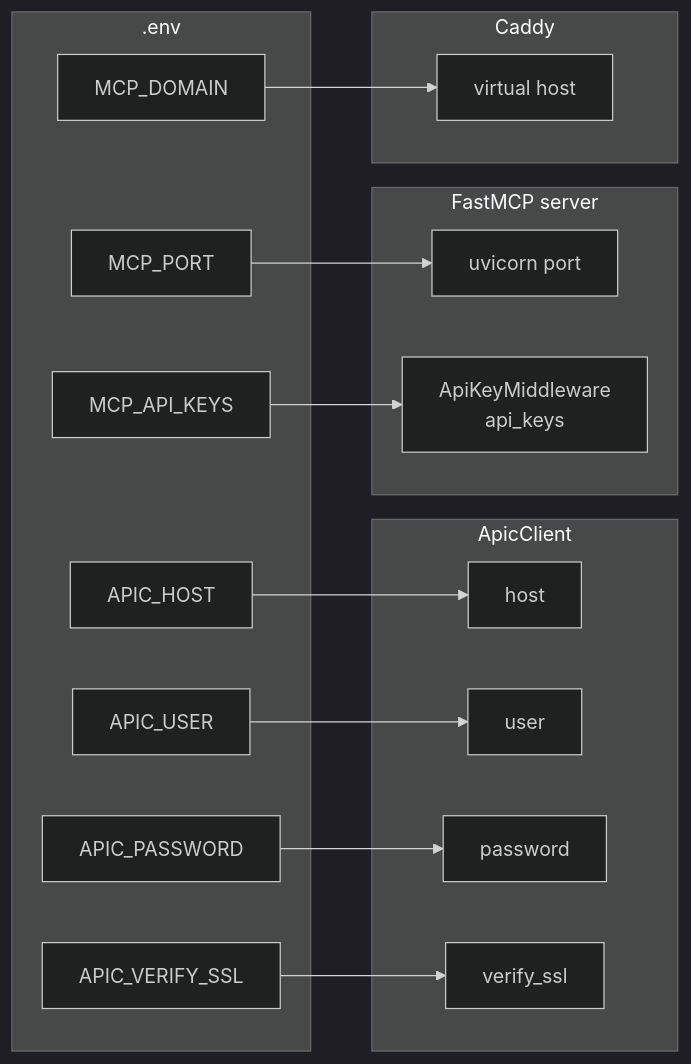
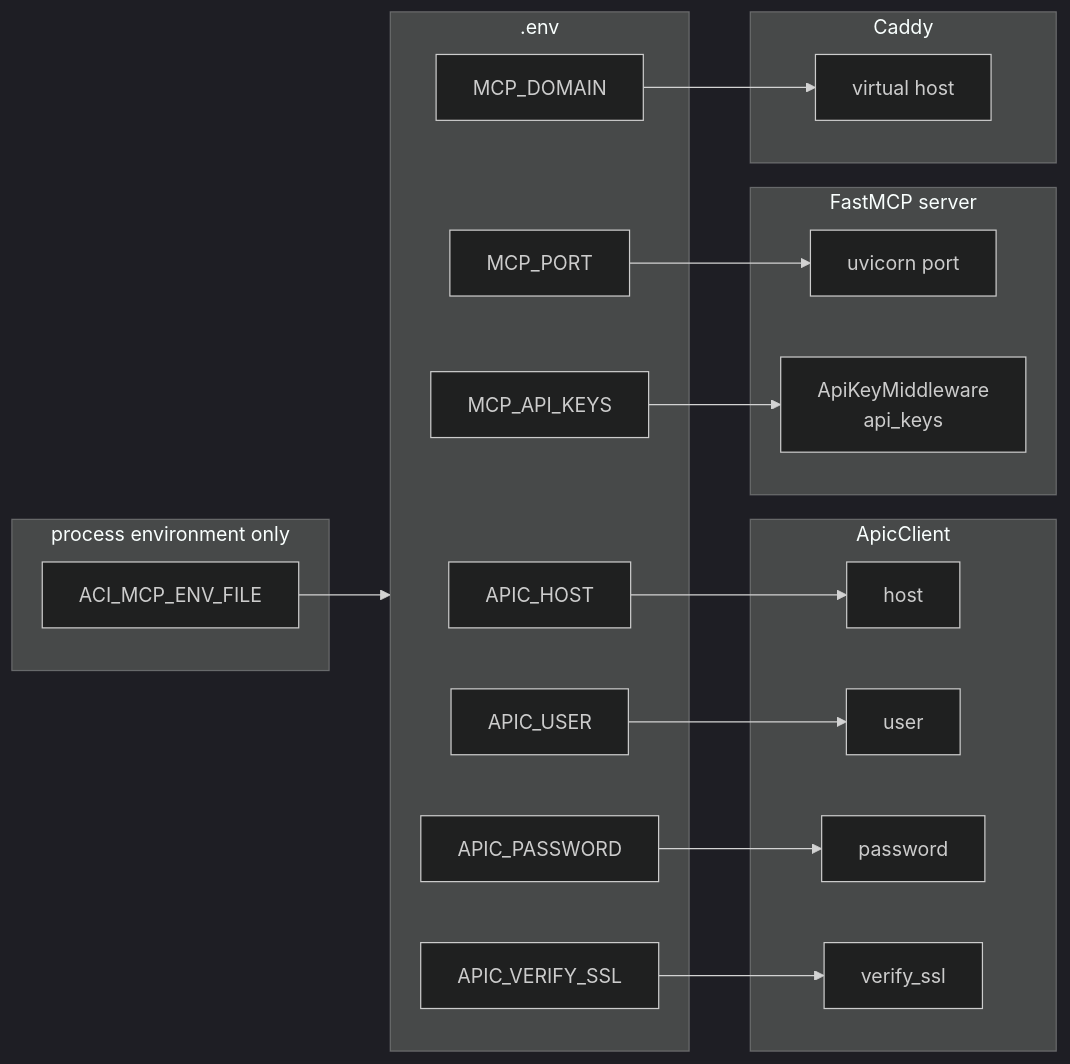
Before and after one commit to k3l0-dev/aci-mcp: the diagram in docs/configuration/settings.md, drawn with Mermaid (dark theme). The commit also changed other lines of this file and 27 other files, not shown here.

````diff
--- a/docs/configuration/settings.md
+++ b/docs/configuration/settings.md
@@ -9,36 +16,41 @@
 ```mermaid
 graph LR
     subgraph env[".env"]
         E1["APIC_HOST"]
         E2["APIC_USER"]
         E3["APIC_PASSWORD"]
         E4["APIC_VERIFY_SSL"]
         E5["MCP_PORT"]
         E6["MCP_API_KEYS"]
         E7["MCP_DOMAIN"]
+    end
+
+    subgraph shell["process environment only"]
+        X1["ACI_MCP_ENV_FILE"]
     end
 
     subgraph apic_client["ApicClient"]
         A1["host"]
         A2["user"]
         A3["password"]
         A4["verify_ssl"]
     end
 
     subgraph server["FastMCP server"]
         S1["uvicorn port"]
         S2["ApiKeyMiddleware<br/>api_keys"]
     end
 
     subgraph caddy["Caddy"]
         C1["virtual host"]
     end
 
     E1 --> A1
     E2 --> A2
     E3 --> A3
     E4 --> A4
     E5 --> S1
     E6 --> S2
     E7 --> C1
+    X1 --> env
 ```
````
